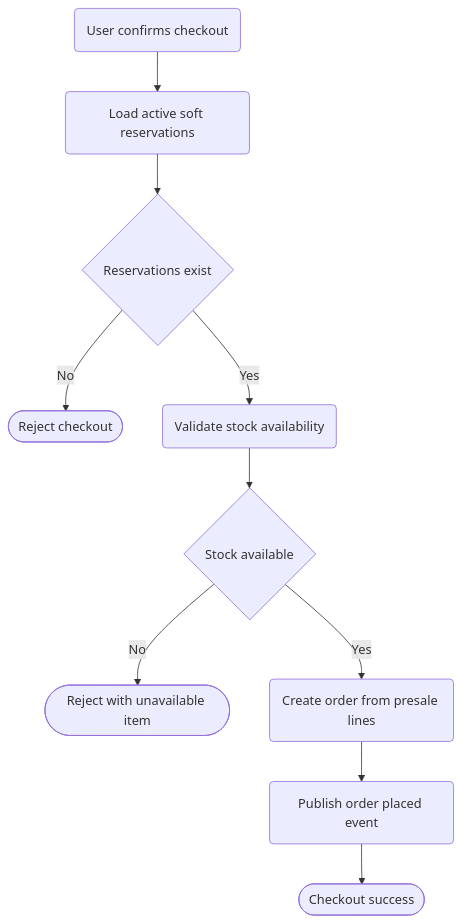
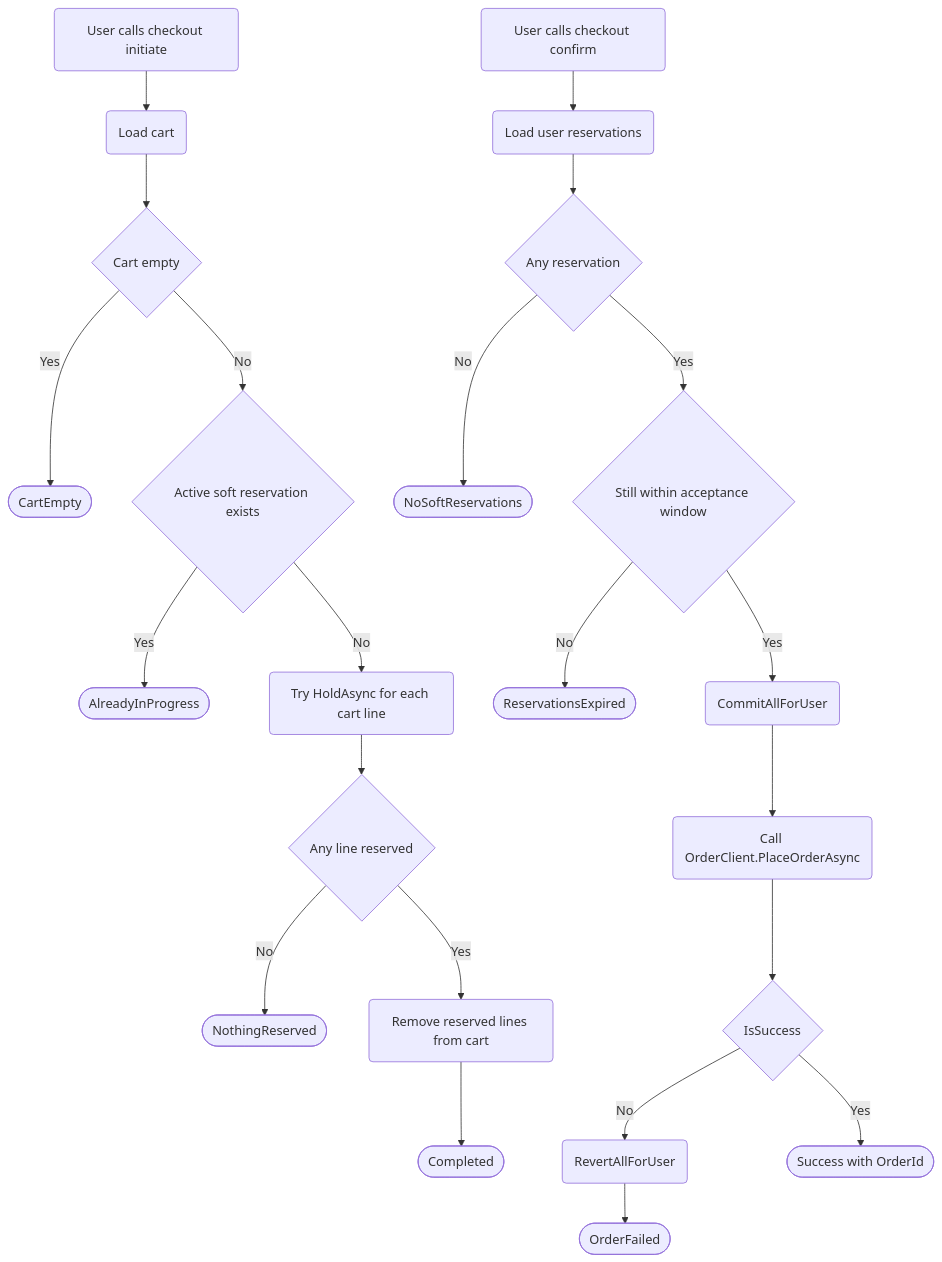
The diagram in assets/diagrams/flows/orders-checkout.md (kwojtasinski-repo/ECommerceApp), drawn with Mermaid before and after one commit. The commit also changed other lines of this file and 12 other files, not shown here.

Commit message:
[Docs] Update specification and flows

````diff
--- a/assets/diagrams/flows/orders-checkout.md
+++ b/assets/diagrams/flows/orders-checkout.md
@@ -6,12 +5,25 @@
 ```mermaid
 graph TD
-    A(User confirms checkout) --> B(Load active soft reservations)
-    B --> C{Reservations exist}
-    C -->|No| D([Reject checkout])
-    C -->|Yes| E(Validate stock availability)
-    E --> F{Stock available}
-    F -->|No| G([Reject with unavailable item])
-    F -->|Yes| H(Create order from presale lines)
-    H --> I(Publish order placed event)
-    I --> J([Checkout success])
+    A(User calls checkout initiate) --> B(Load cart)
+    B --> C{Cart empty}
+    C -->|Yes| D([CartEmpty])
+    C -->|No| E{Active soft reservation exists}
+    E -->|Yes| F([AlreadyInProgress])
+    E -->|No| G(Try HoldAsync for each cart line)
+    G --> H{Any line reserved}
+    H -->|No| I([NothingReserved])
+    H -->|Yes| J(Remove reserved lines from cart)
+    J --> K([Completed])
+
+    L(User calls checkout confirm) --> M(Load user reservations)
+    M --> N{Any reservation}
+    N -->|No| O([NoSoftReservations])
+    N -->|Yes| P{Still within acceptance window}
+    P -->|No| Q([ReservationsExpired])
+    P -->|Yes| R(CommitAllForUser)
+    R --> S(Call OrderClient.PlaceOrderAsync)
+    S --> T{IsSuccess}
+    T -->|No| U(RevertAllForUser)
+    U --> V([OrderFailed])
+    T -->|Yes| W([Success with OrderId])
 ```
````
